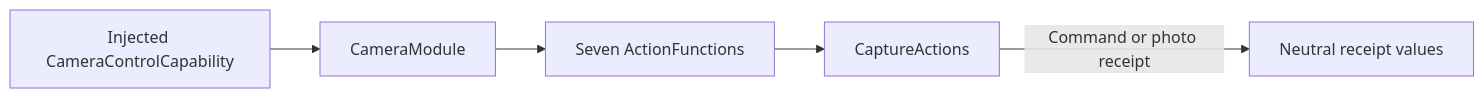
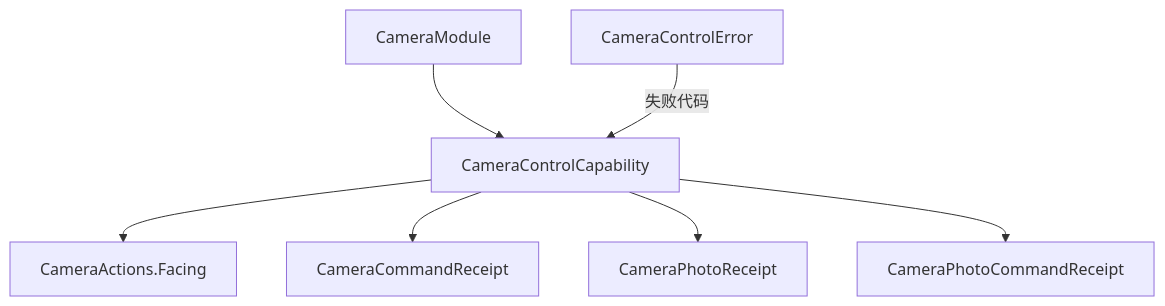
Before and after one commit to devilyouwei/MobileHarness: the second of 2 diagrams in MobileHarness/Actions/Camera/Support/README.md, drawn with Mermaid. The commit also changed other lines of this file and 108 other files, not shown here.

````diff
--- a/MobileHarness/Actions/Camera/Support/README.md
+++ b/MobileHarness/Actions/Camera/Support/README.md
@@ -15,7 +20,9 @@
 ```mermaid
-flowchart LR
- Host[Injected CameraControlCapability] --> Module[CameraModule]
- Module --> Definitions[Seven ActionFunctions]
- Definitions --> Entry[CaptureActions]
- Entry -->|Command or photo receipt| Values[Neutral receipt values]
+flowchart TB
+    Module[CameraModule] --> Port[CameraControlCapability]
+    Port --> Facing[CameraActions.Facing]
+    Port --> Command[CameraCommandReceipt]
+    Port --> Photo[CameraPhotoReceipt]
+    Port --> Disposition[CameraPhotoCommandReceipt]
+    Error[CameraControlError] -->|失败代码| Port
 ```
````
